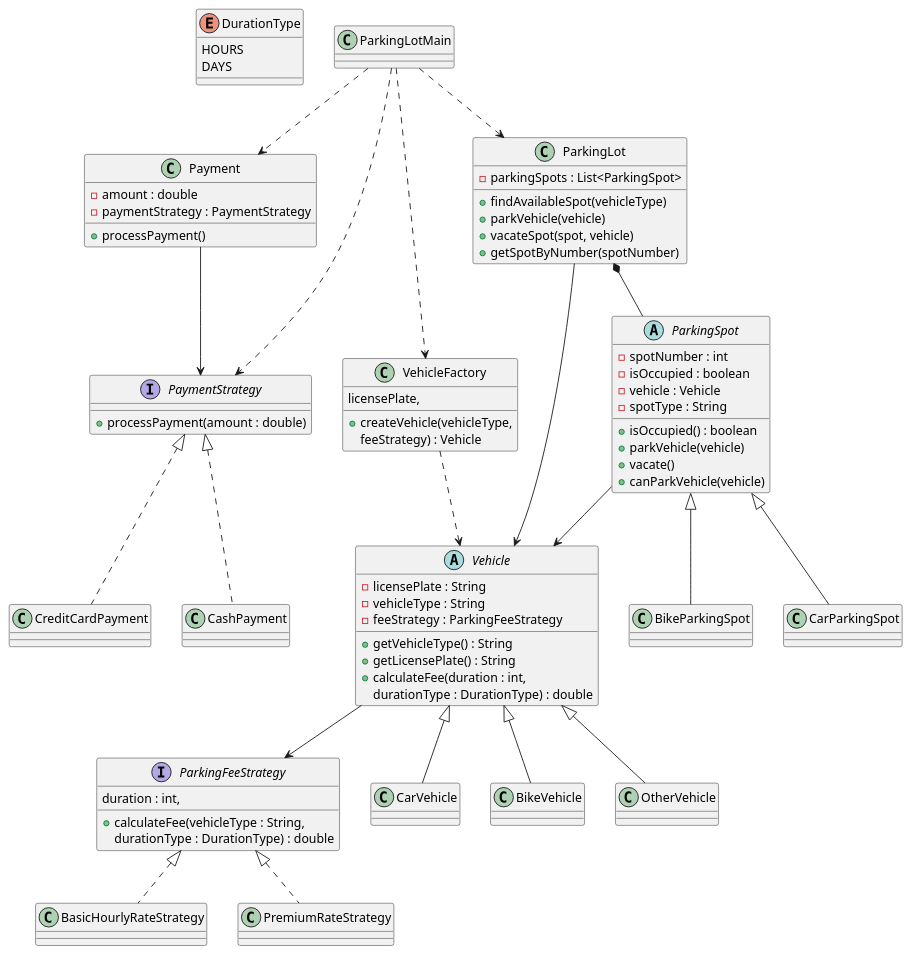
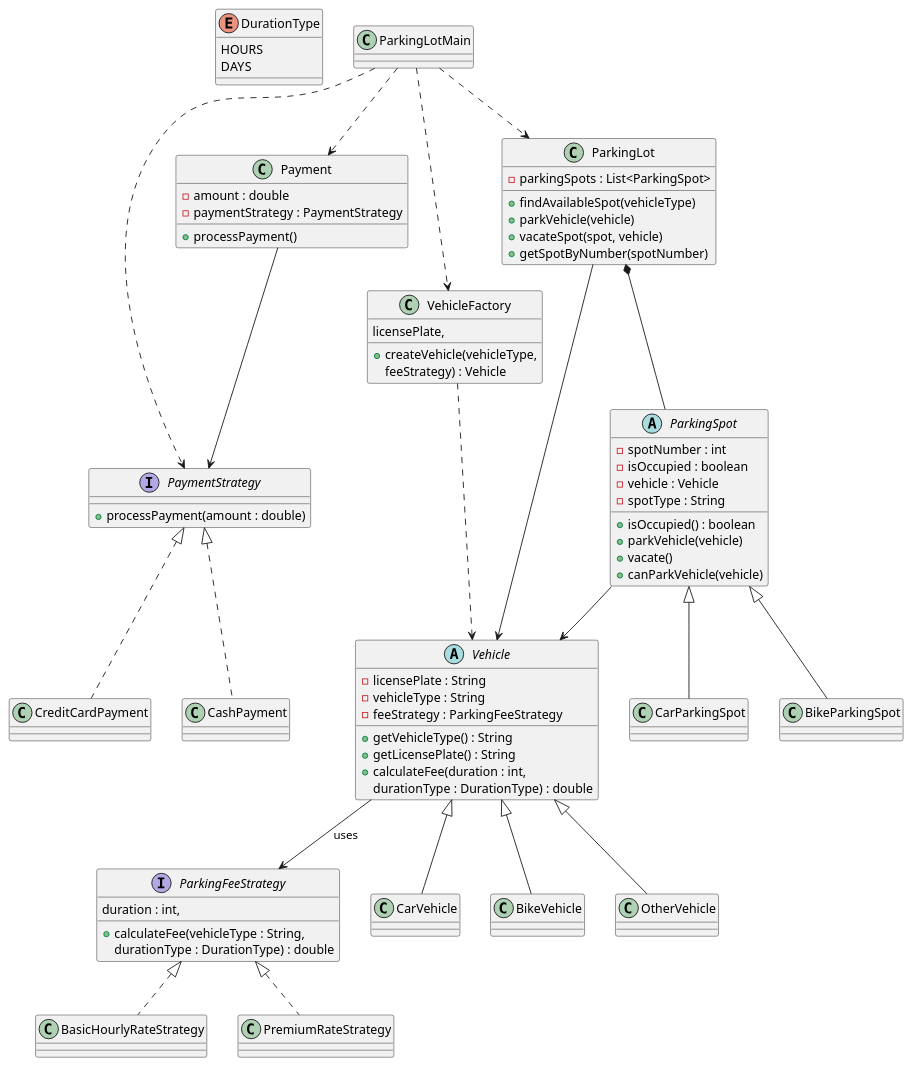
One commit to ashish21234/low-level-design-java changed the diagram in Parking_Lot_LLd/uml.md. Above: the diagram before and after it, drawn with PlantUML. The commit also changed other lines of this file, not shown here.

First line of the commit message:
Revise UML diagram and design patterns overview

````diff
--- a/Parking_Lot_LLd/uml.md
+++ b/Parking_Lot_LLd/uml.md
@@ -16,10 +7,18 @@
 ```plantuml
 @startuml
+
+'====================
+' ENUMS
+'====================
 
 enum DurationType {
     HOURS
     DAYS
 }
+
+'====================
+' FEE STRATEGY
+'====================
 
 interface ParkingFeeStrategy {
     +calculateFee(vehicleType : String,
@@ -32,6 +31,10 @@
 
 ParkingFeeStrategy <|.. BasicHourlyRateStrategy
 ParkingFeeStrategy <|.. PremiumRateStrategy
+
+'====================
+' VEHICLES
+'====================
 
 abstract class Vehicle {
     -licensePlate : String
@@ -52,7 +55,7 @@
 Vehicle <|-- BikeVehicle
 Vehicle <|-- OtherVehicle
 
-Vehicle --> ParkingFeeStrategy
+Vehicle --> ParkingFeeStrategy : uses
 
 class VehicleFactory {
     +createVehicle(vehicleType,
@@ -61,6 +64,10 @@
 }
 
 VehicleFactory ..> Vehicle
+
+'====================
+' PAYMENT STRATEGY
+'====================
 
 interface PaymentStrategy {
     +processPayment(amount : double)
@@ -80,6 +87,10 @@
 }
 
 Payment --> PaymentStrategy
+
+'====================
+' PARKING SPOTS
+'====================
 
 abstract class ParkingSpot {
     -spotNumber : int
@@ -101,6 +112,10 @@
 
 ParkingSpot --> Vehicle
 
+'====================
+' PARKING LOT
+'====================
+
 class ParkingLot {
     -parkingSpots : List<ParkingSpot>
 
@@ -113,6 +128,10 @@
 ParkingLot *-- ParkingSpot
 ParkingLot --> Vehicle
 
+'====================
+' MAIN
+'====================
+
 class ParkingLotMain
 
 ParkingLotMain ..> ParkingLot
````
